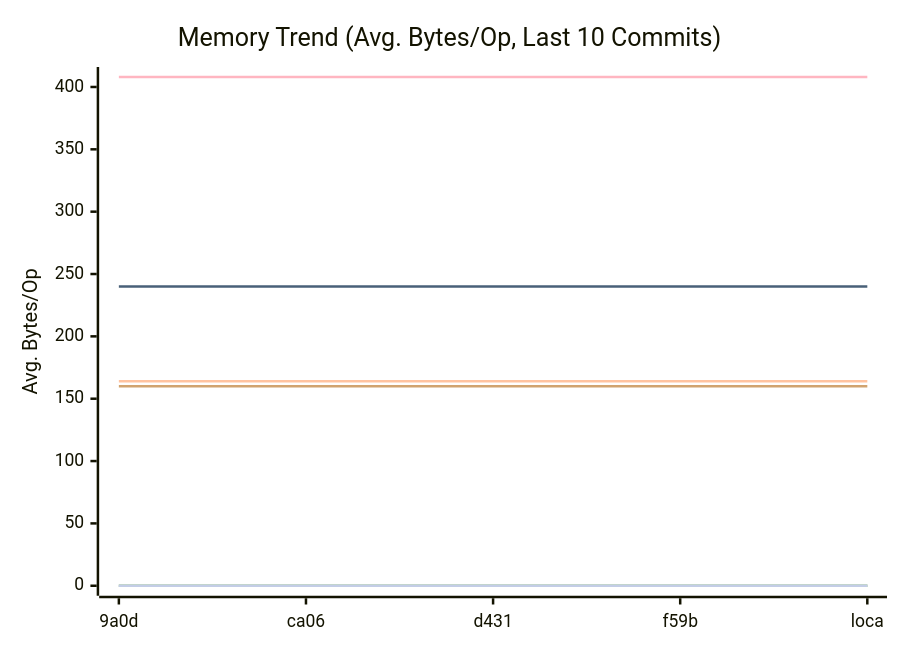
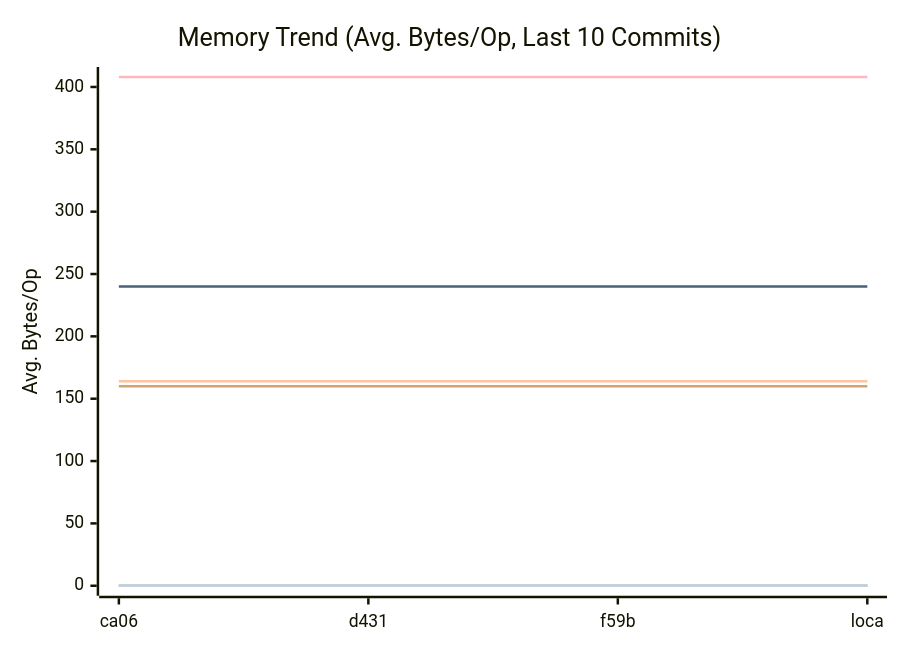
Before and after one commit to alsotoes/momo: the second of 3 diagrams in docs/PERFORMANCE.md, drawn with Mermaid. The commit also changed other lines of this file and 3 other files, not shown here.

````diff
--- a/docs/PERFORMANCE.md
+++ b/docs/PERFORMANCE.md
@@ -97,16 +97,16 @@
 ```mermaid
 xychart-beta
     title "Memory Trend (Avg. Bytes/Op, Last 10 Commits)"
     x-axis "Commit"
     y-axis "Avg. Bytes/Op"
-    x-axis [9a0d,ca06,d431,f59b,loca]
+    x-axis [ca06,d431,f59b,loca]
     line "CheckMetricsAndSwap" [0,0,0,0,0,0,0,0,0,0]
     line "CrushOptimized" [0,0,0,0,0,0,0,0,0,0]
     line "CrushOriginal" [164,164,164,164,164,164,164,164,164,164]
     line "IndexDirectTracking" [0,0,0,0,0,0,0,0,0,0]
     line "IndexSearch" [0,0,0,0,0,0,0,0,0,0]
     line "LoadGlobalConfig" [160,160,160,160,160,160,160,160,160,160]
     line "PadString" [0,0,0,0,0,0,0,0,0,0]
     line "ParseReplicationOrder_NoPrealloc" [408,408,408,408,408,248,248,248,248,248]
     line "ParseReplicationOrder_Prealloc" [240,240,240,240,240,80,80,80,80,80]
 ```
````
